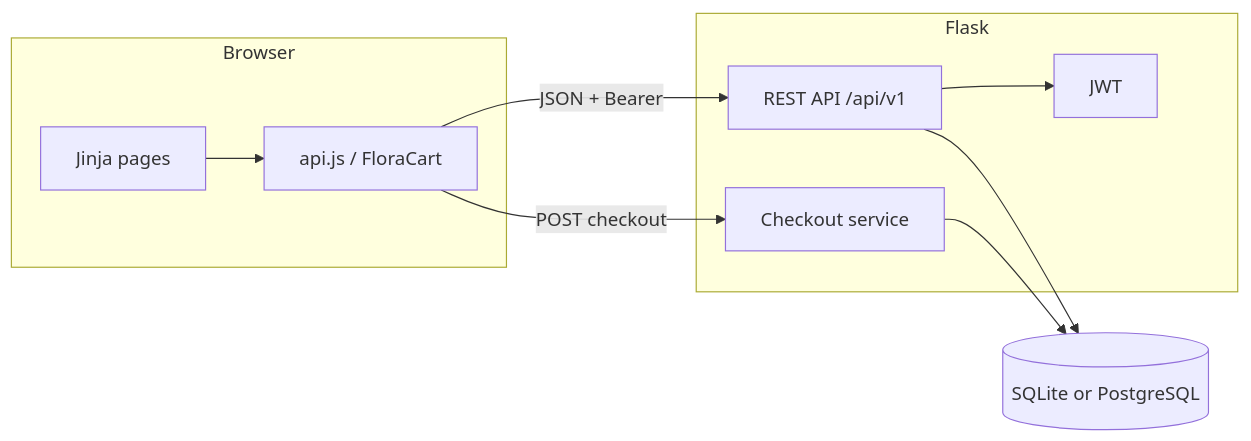
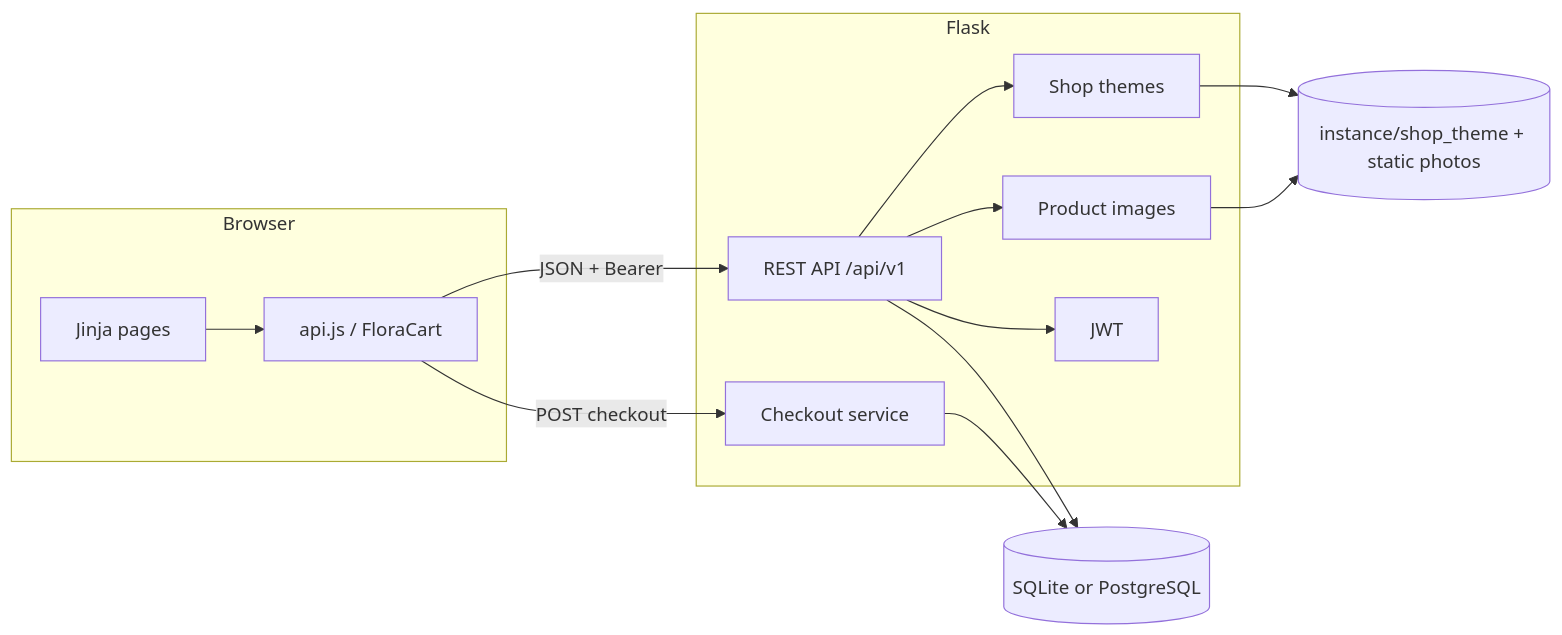
The first of 3 diagrams in README.md (Issercio/Demo-day), drawn with Mermaid before and after one commit. The commit also changed other lines of this file and 1 other file, not shown here.

First line of the commit message:
Update README to match the live shop: vitrine, photos, and order cards.

````diff
--- a/README.md
+++ b/README.md
@@ -152,19 +155,26 @@
 ```mermaid
 flowchart LR
   subgraph Browser
     Pages[Jinja pages]
     JS[api.js / FloraCart]
   end
   subgraph Flask
     Restx["REST API /api/v1"]
     Pay[Checkout service]
+    Themes[Shop themes]
+    Photos[Product images]
     Auth[JWT]
   end
   DB[(SQLite or PostgreSQL)]
+  Disk[(instance/shop_theme + static photos)]
   Pages --> JS
   JS -->|JSON + Bearer| Restx
   JS -->|POST checkout| Pay
   Restx --> Auth
+  Restx --> Themes
+  Restx --> Photos
   Restx --> DB
   Pay --> DB
+  Themes --> Disk
+  Photos --> Disk
 ```
````
